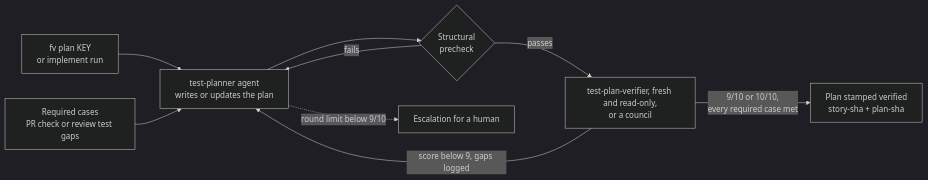
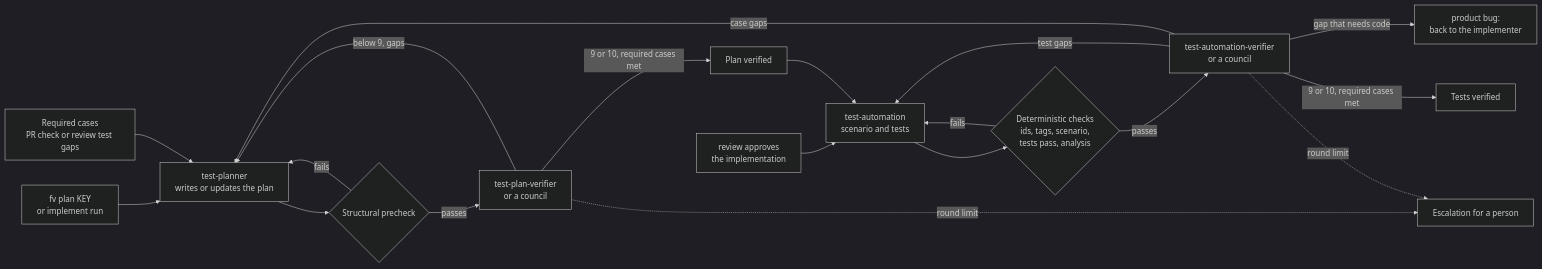
The diagram in docs/ai-pipeline/feature-verification.md (armandodollia-slalom/ai-app-factory-public), drawn with Mermaid (dark theme) before and after one commit. The commit also changed other lines of this file and 96 other files, not shown here.

````diff
--- a/docs/ai-pipeline/feature-verification.md
+++ b/docs/ai-pipeline/feature-verification.md
@@ -9,11 +9,20 @@
 ```mermaid
 flowchart LR
-  S["fv plan KEY<br/>or implement run"] --> P["test-planner agent<br/>writes or updates the plan"]
+  S["fv plan KEY<br/>or implement run"] --> P["test-planner<br/>writes or updates the plan"]
   RQ["Required cases<br/>PR check or review test gaps"] --> P
-  P --> C{"Structural<br/>precheck"}
+  P --> C{"Structural precheck"}
   C -->|"fails"| P
-  C -->|"passes"| V["test-plan-verifier, fresh and read-only,<br/>or a council"]
-  V -->|"score below 9, gaps logged"| P
-  V -->|"9/10 or 10/10,<br/>every required case met"| OK["Plan stamped verified<br/>story-sha + plan-sha"]
-  P -.->|"round limit below 9/10"| E["Escalation for a human"]
+  C -->|"passes"| V["test-plan-verifier<br/>or a council"]
+  V -->|"below 9, gaps"| P
+  V -->|"9 or 10, required cases met"| PV["Plan verified"]
+  R["review approves<br/>the implementation"] --> A["test-automation<br/>scenario and tests"]
+  PV --> A
+  A --> T{"Deterministic checks<br/>ids, tags, scenario,<br/>tests pass, analysis"}
+  T -->|"fails"| A
+  T -->|"passes"| AV["test-automation-verifier<br/>or a council"]
+  AV -->|"test gaps"| A
+  AV -->|"case gaps"| P
+  AV -->|"gap that needs code"| PB["product bug:<br/>back to the implementer"]
+  AV -->|"9 or 10, required cases met"| OK["Tests verified"]
+  V & AV -.->|"round limit"| E["Escalation for a person"]
 ```
````
